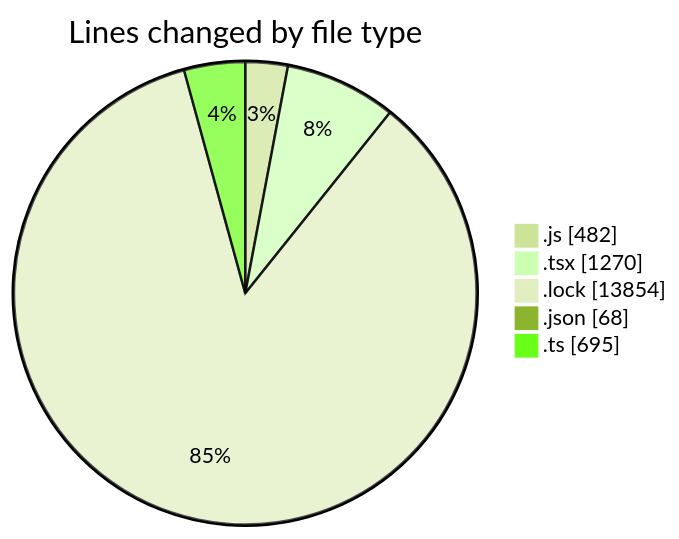
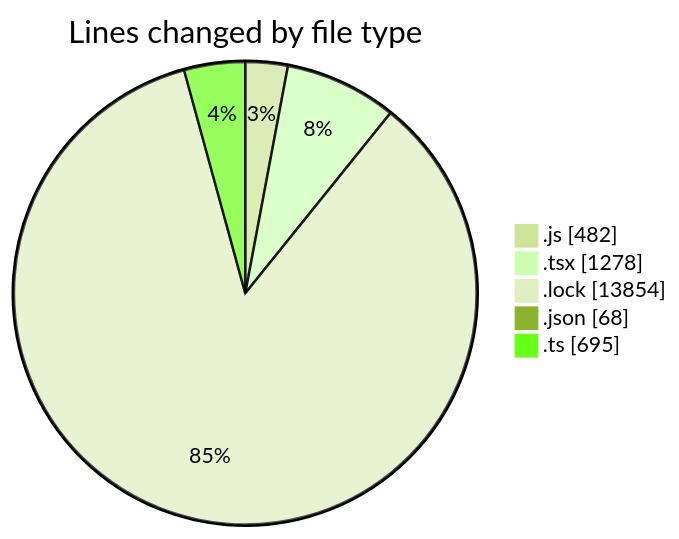
Before and after one commit to momahboobian/code-tracking: the first of 2 diagrams in 2026-06-16/cda/README.md, drawn with Mermaid (forest theme). The commit also changed other lines of this file and 1 other file, not shown here.

````diff
--- a/2026-06-16/cda/README.md
+++ b/2026-06-16/cda/README.md
@@ -33,9 +33,9 @@
 ```mermaid
 pie showData
 title Lines changed by file type
 ".js" : 482
-".tsx" : 1270
+".tsx" : 1278
 ".lock" : 13854
 ".json" : 68
 ".ts" : 695
 ```
````
